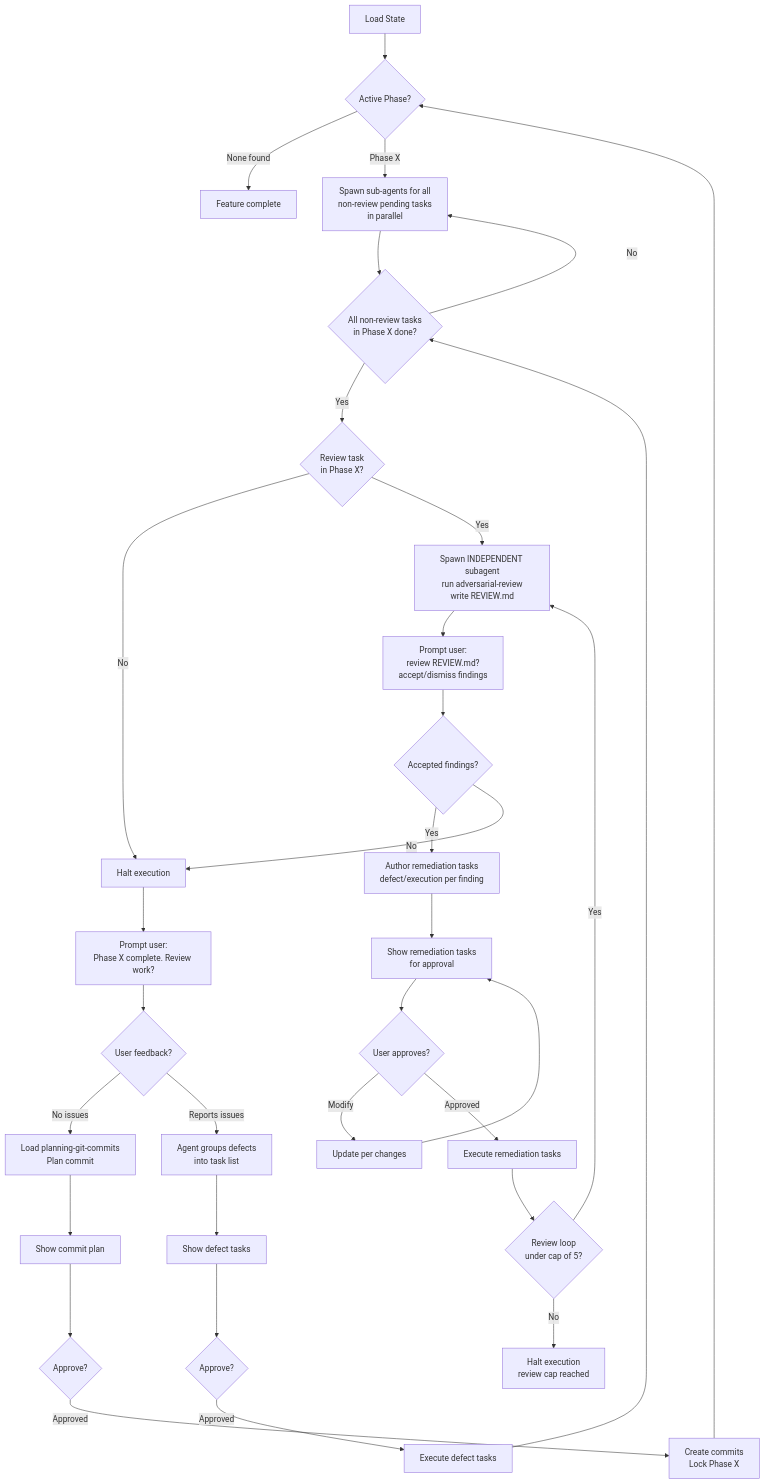
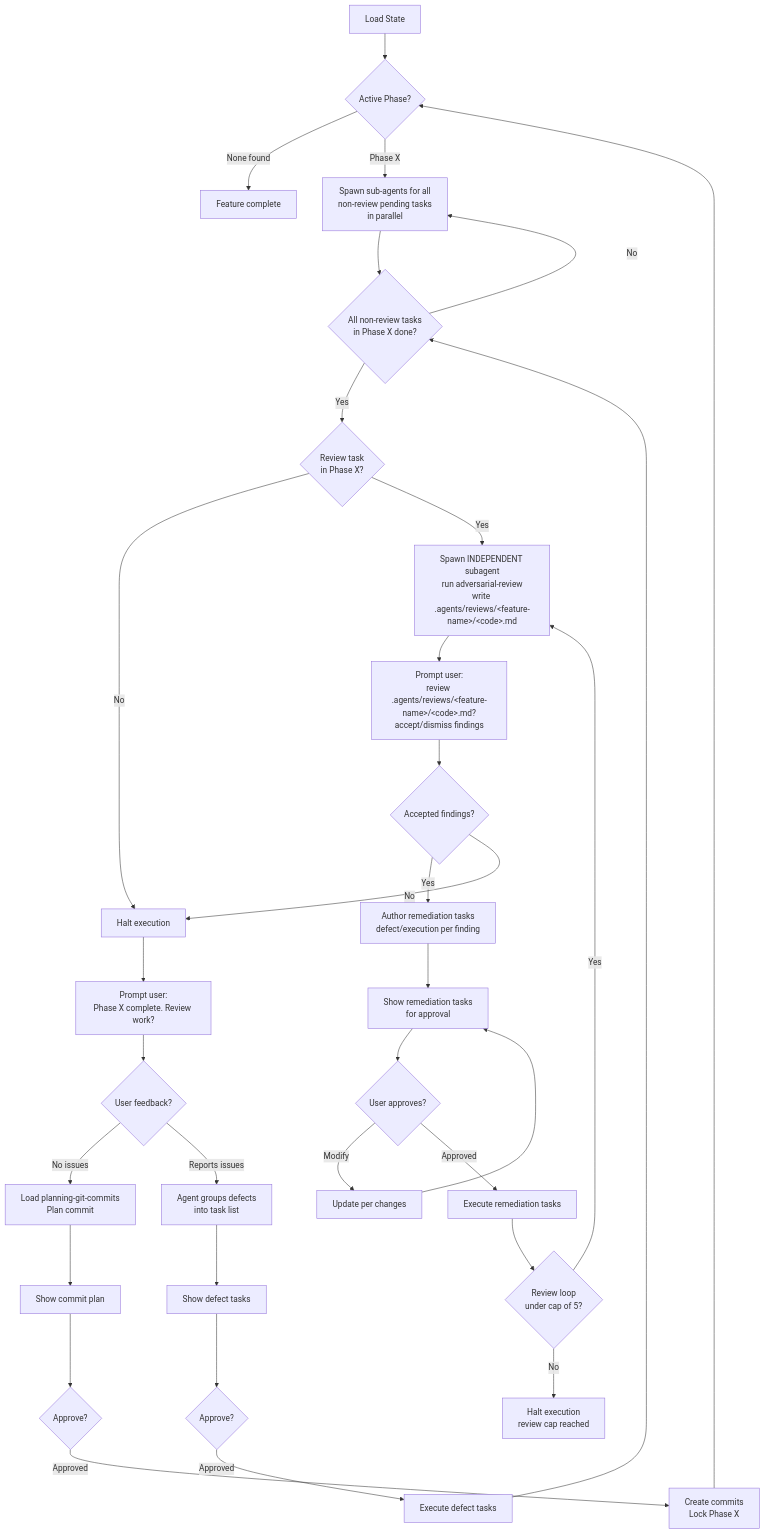
The diagram in .agents/skills/executing-feature-spec/SKILL.md (DanielMontilla/ai), drawn with Mermaid before and after one commit. The commit also changed other lines of this file and 4 other files, not shown here.

First line of the commit message:
fix(executing-feature-spec, authoring-feature-spec): standardize review path to <feature-name>

````diff
--- a/.agents/skills/executing-feature-spec/SKILL.md
+++ b/.agents/skills/executing-feature-spec/SKILL.md
@@ -51,36 +51,36 @@
 ```mermaid
 flowchart TD
     A[Load State] --> B{Active Phase?}
     B -->|None found| DONE[Feature complete]
     B -->|Phase X| C[Spawn sub-agents for all<br>non-review pending tasks<br>in parallel]
     C --> D{All non-review tasks<br>in Phase X done?}
     D -->|No| C
     D -->|Yes| CX{Review task<br>in Phase X?}
     CX -->|No| E[Halt execution]
-    CX -->|Yes| RX[Spawn INDEPENDENT subagent<br>run adversarial-review<br>write REVIEW.md]
-    RX --> RY[Prompt user:<br>review REVIEW.md?<br>accept/dismiss findings]
+    CX -->|Yes| RX[Spawn INDEPENDENT subagent<br>run adversarial-review<br>write .agents/reviews/&lt;feature-name&gt;/&lt;code&gt;.md]
+    RX --> RY[Prompt user:<br>review .agents/reviews/&lt;feature-name&gt;/&lt;code&gt;.md?<br>accept/dismiss findings]
     RY --> RZ{Accepted findings?}
     RZ -->|Yes| I[Author remediation tasks<br>defect/execution per finding]
     I --> J[Show remediation tasks<br>for approval]
     J --> K{User approves?}
     K -->|Modify| L[Update per changes]
     L --> J
     K -->|Approved| M[Execute remediation tasks]
     M --> CAP{Review loop<br>under cap of 5?}
     CAP -->|Yes| RX
     CAP -->|No| HALT2[Halt execution<br>review cap reached]
     RZ -->|No| E
     E --> F[Prompt user:<br>Phase X complete. Review work?]
     F --> G{User feedback?}
     G -->|No issues| H[Load planning-git-commits<br>Plan commit]
     G -->|Reports issues| I2[Agent groups defects<br>into task list]
     I2 --> J2[Show defect tasks]
     J2 --> K2{Approve?}
     K2 -->|Approved| M2[Execute defect tasks]
     M2 --> D
     H --> N[Show commit plan]
     N --> O{Approve?}
     O -->|Approved| Q[Create commits<br>Lock Phase X]
     Q --> B
     DONE
 ```
````
